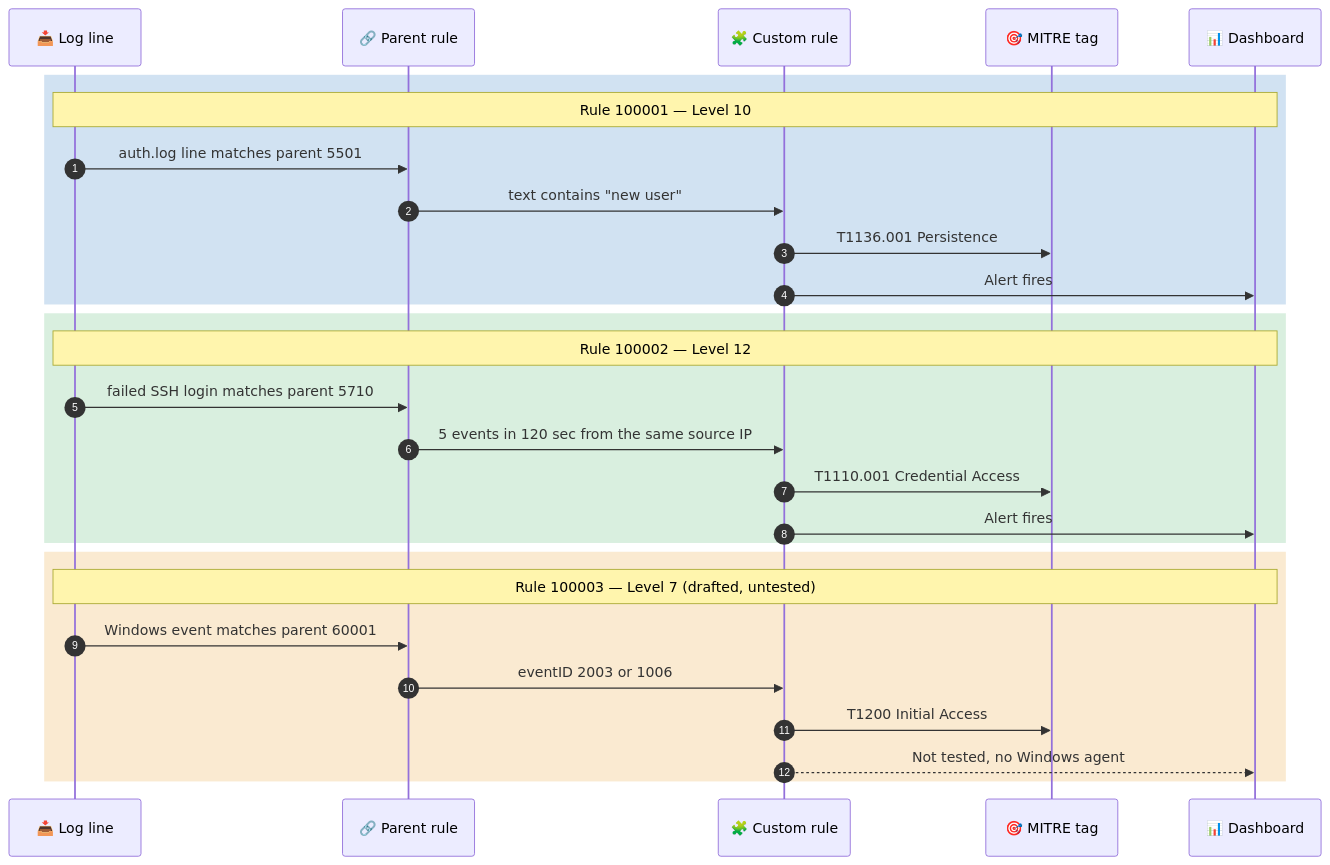
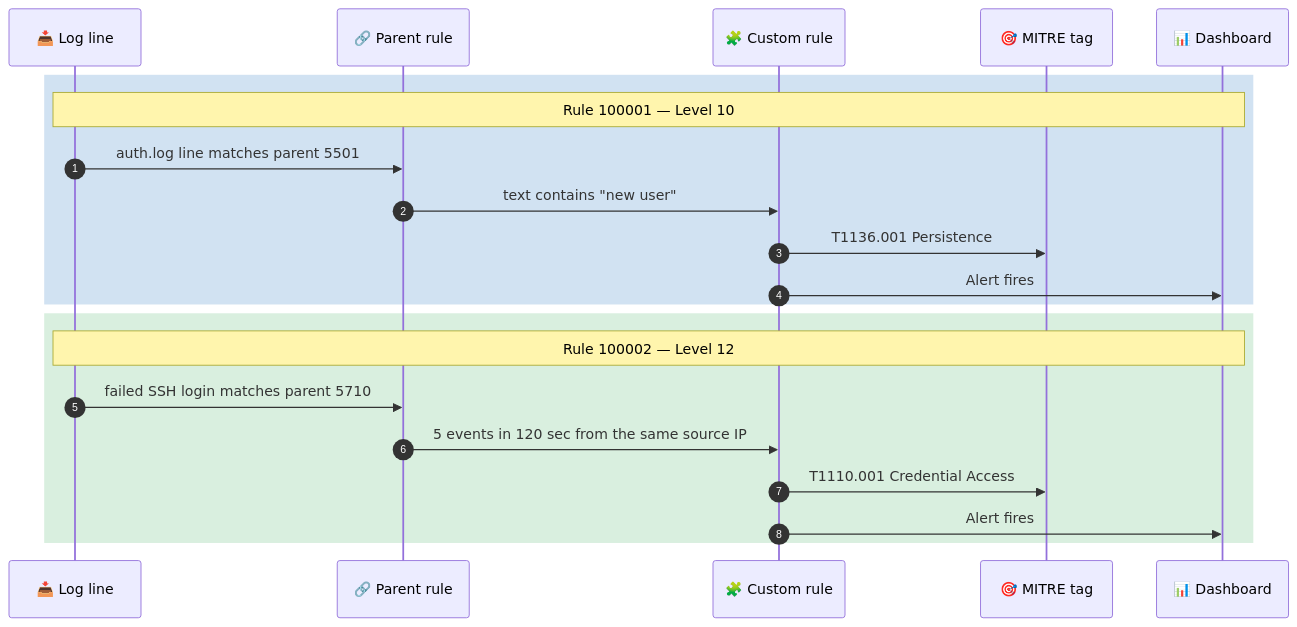
Before and after one commit to malaika-azhar/Cybersecurity-Lab-Projects: the fourth of 5 diagrams in 3-Advanced-Cyber-Projects/project-02-fim-custom-detection-rules/README.md, drawn with Mermaid. The commit also changed other lines of this file, not shown here.

````diff
--- a/3-Advanced-Cyber-Projects/project-02-fim-custom-detection-rules/README.md
+++ b/3-Advanced-Cyber-Projects/project-02-fim-custom-detection-rules/README.md
@@ -311,33 +311,25 @@
 ```mermaid
 sequenceDiagram
     autonumber
     participant L as 📥 Log line
     participant P as 🔗 Parent rule
     participant C as 🧩 Custom rule
     participant M as 🎯 MITRE tag
     participant D as 📊 Dashboard
 
     rect rgba(0, 94, 184, 0.18)
     Note over L,D: Rule 100001 — Level 10
     L->>P: auth.log line matches parent 5501
     P->>C: text contains "new user"
     C->>M: T1136.001 Persistence
     C->>D: Alert fires
     end
 
     rect rgba(46, 164, 79, 0.18)
     Note over L,D: Rule 100002 — Level 12
     L->>P: failed SSH login matches parent 5710
     P->>C: 5 events in 120 sec from the same source IP
     C->>M: T1110.001 Credential Access
     C->>D: Alert fires
     end
-
-    rect rgba(224, 138, 0, 0.18)
-    Note over L,D: Rule 100003 — Level 7 (drafted, untested)
-    L->>P: Windows event matches parent 60001
-    P->>C: eventID 2003 or 1006
-    C->>M: T1200 Initial Access
-    C-->>D: Not tested, no Windows agent
-    end
 ```
````
